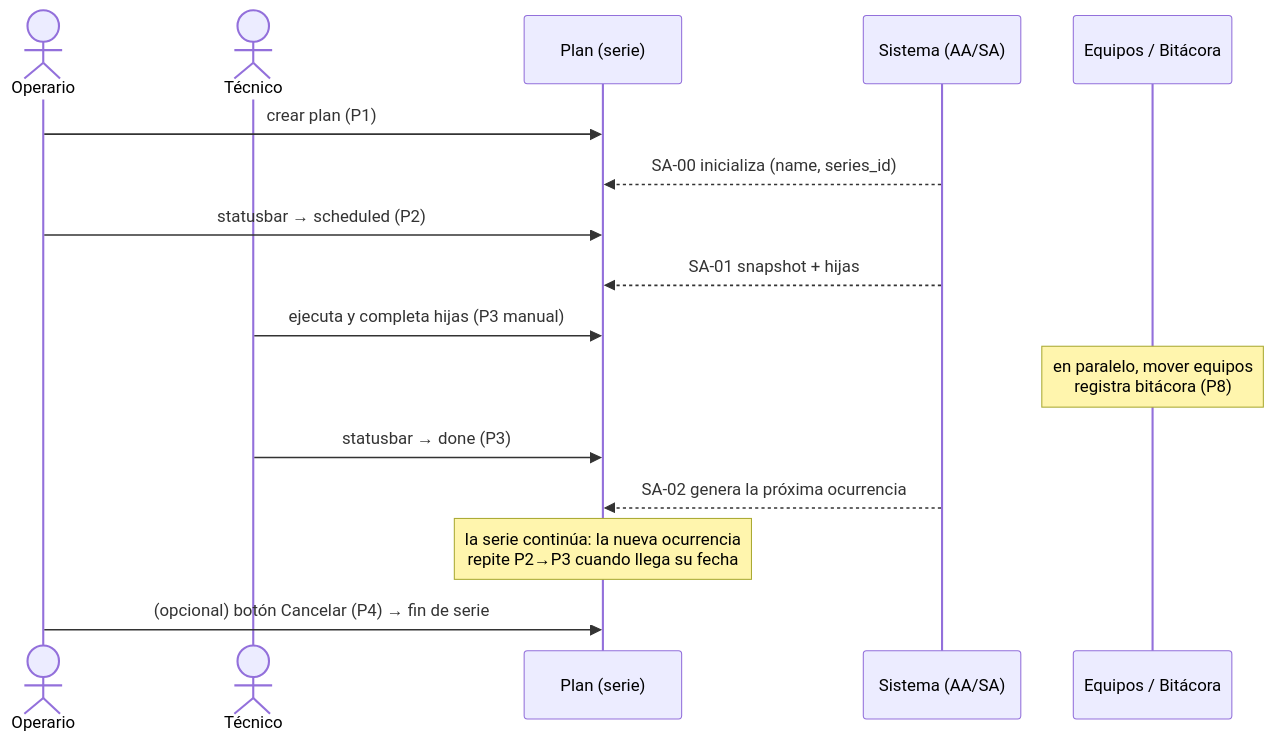
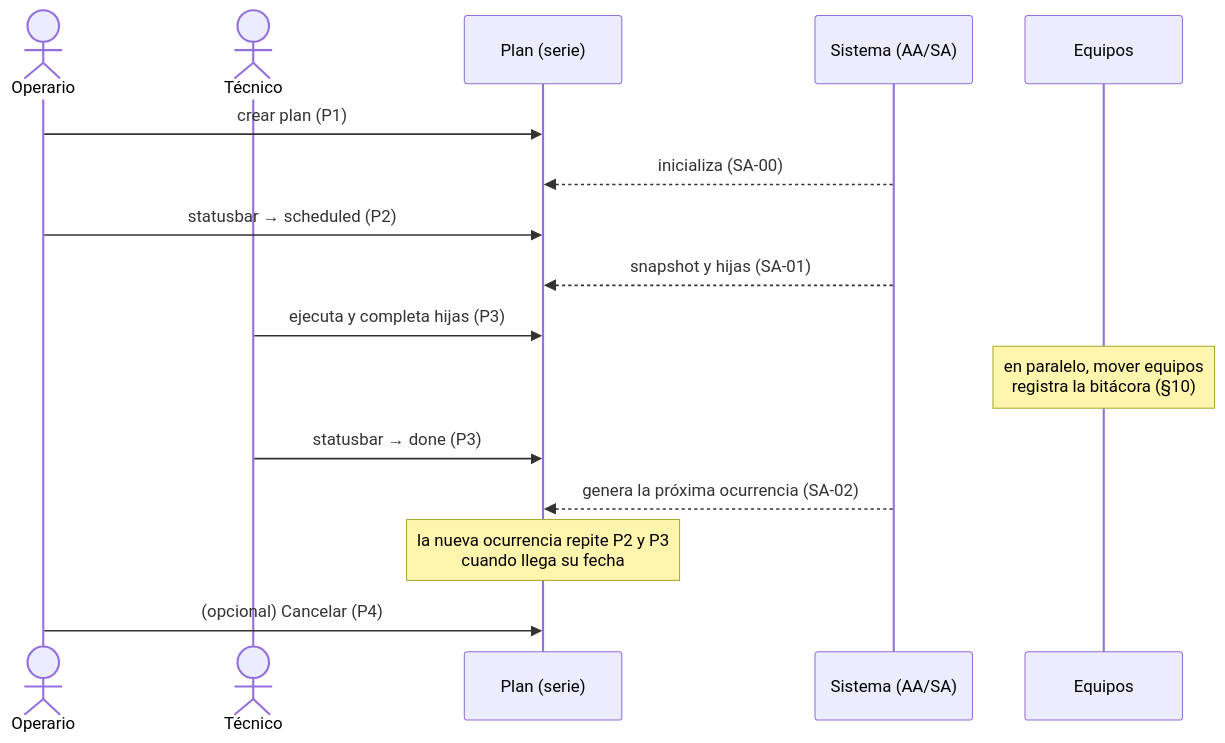
Before and after one commit to dcuerowe/odoo_con_mantenciones: diagram 18 of 18 in maintenance_plan/PROCESOS_Y_FLUJOS.md, drawn with Mermaid. The commit also changed other lines of this file and 1 other file, not shown here.

````diff
--- a/maintenance_plan/PROCESOS_Y_FLUJOS.md
+++ b/maintenance_plan/PROCESOS_Y_FLUJOS.md
@@ -449,19 +569,19 @@
 ```mermaid
 sequenceDiagram
     actor U as Operario
     actor T as Técnico
     participant PL as Plan (serie)
     participant SYS as Sistema (AA/SA)
-    participant EQ as Equipos / Bitácora
+    participant EQ as Equipos
 
     U->>PL: crear plan (P1)
-    SYS-->>PL: SA-00 inicializa (name, series_id)
+    SYS-->>PL: inicializa (SA-00)
     U->>PL: statusbar → scheduled (P2)
-    SYS-->>PL: SA-01 snapshot + hijas
-    T->>PL: ejecuta y completa hijas (P3 manual)
-    Note over EQ: en paralelo, mover equipos<br/>registra bitácora (P8)
+    SYS-->>PL: snapshot y hijas (SA-01)
+    T->>PL: ejecuta y completa hijas (P3)
+    Note over EQ: en paralelo, mover equipos<br/>registra la bitácora (§10)
     T->>PL: statusbar → done (P3)
-    SYS-->>PL: SA-02 genera la próxima ocurrencia
-    Note over PL: la serie continúa: la nueva ocurrencia<br/>repite P2→P3 cuando llega su fecha
-    U->>PL: (opcional) botón Cancelar (P4) → fin de serie
+    SYS-->>PL: genera la próxima ocurrencia (SA-02)
+    Note over PL: la nueva ocurrencia repite P2 y P3<br/>cuando llega su fecha
+    U->>PL: (opcional) Cancelar (P4)
 ```
````
